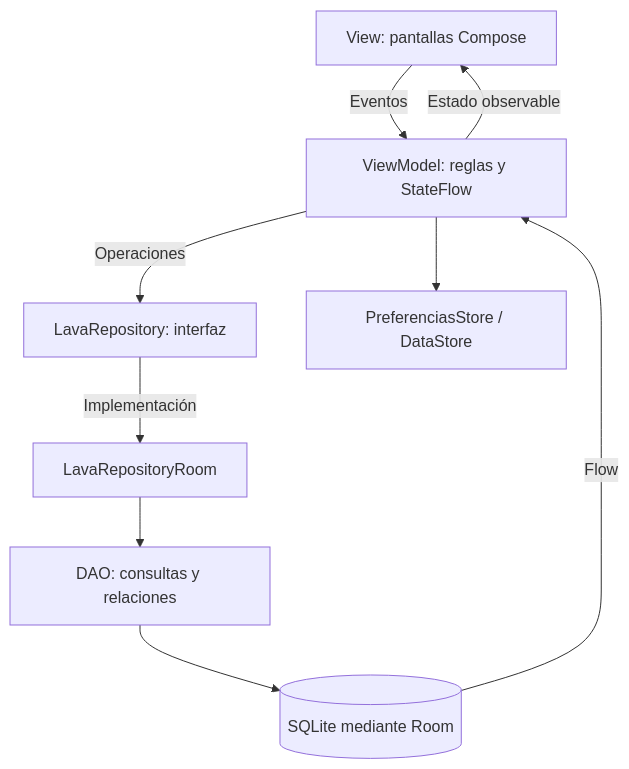
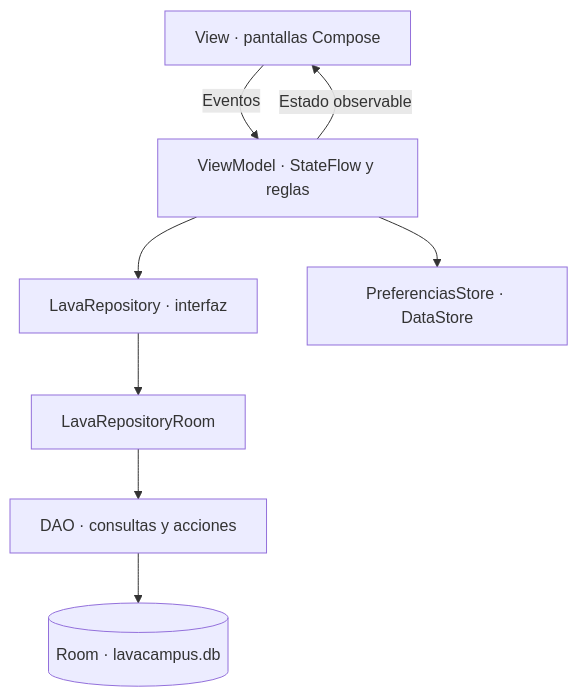
Before and after one commit to JARA20022/Programacion_Moviles_Jara: the diagram in Semana08/LavaCampus/README.md, drawn with Mermaid. The commit also changed other lines of this file, not shown here.

````diff
--- a/Semana08/LavaCampus/README.md
+++ b/Semana08/LavaCampus/README.md
@@ -131,11 +194,10 @@
 ```mermaid
 flowchart TD
-    V["View: pantallas Compose"] -->|Eventos| VM["ViewModel: reglas y StateFlow"]
+    V["View · pantallas Compose"] -->|Eventos| VM["ViewModel · StateFlow y reglas"]
     VM -->|Estado observable| V
-    VM -->|Operaciones| R["LavaRepository: interfaz"]
-    R -->|Implementación| RR["LavaRepositoryRoom"]
-    RR --> D["DAO: consultas y relaciones"]
-    D --> DB[("SQLite mediante Room")]
-    DB -->|Flow| VM
-    VM --> P["PreferenciasStore / DataStore"]
+    VM --> R["LavaRepository · interfaz"]
+    R --> RR["LavaRepositoryRoom"]
+    RR --> D["DAO · consultas y acciones"]
+    D --> DB[("Room · lavacampus.db")]
+    VM --> P["PreferenciasStore · DataStore"]
 ```
````
